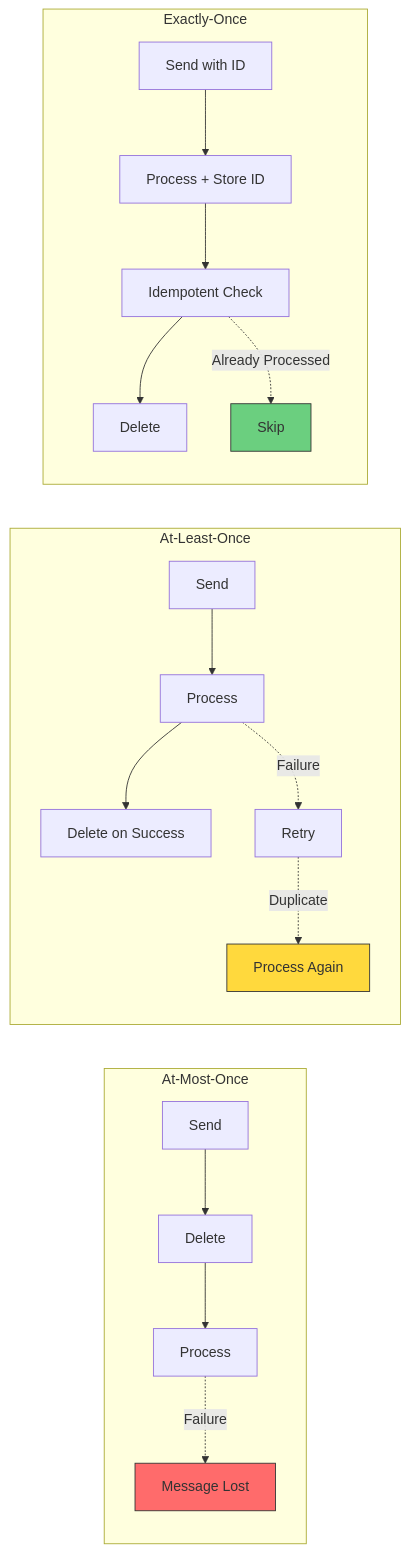
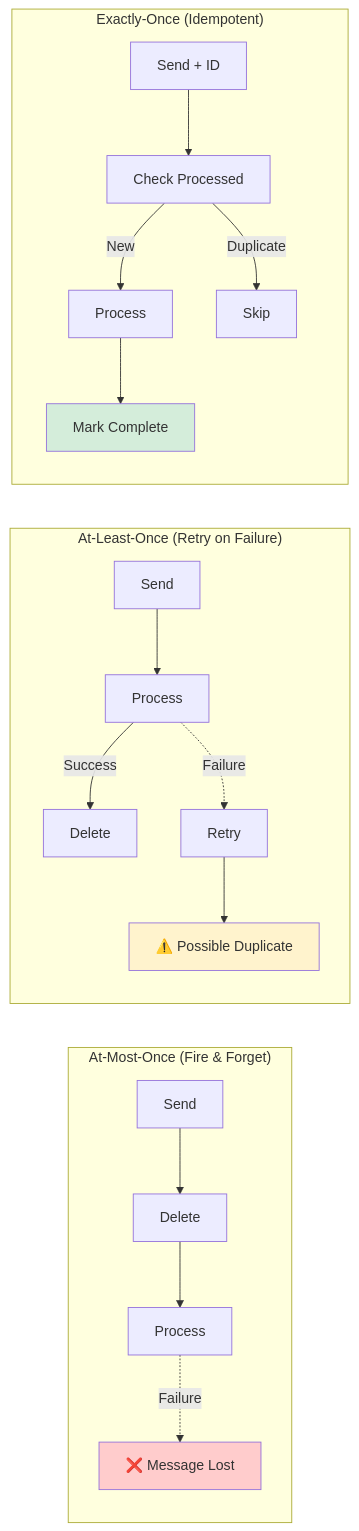
Before and after one commit to deepaucksharma/DStudio: the third of 8 diagrams in docs/pattern-library/coordination/distributed-queue.md, drawn with Mermaid. The commit also changed other lines of this file and 8 other files, not shown here.

````diff
--- a/docs/pattern-library/coordination/distributed-queue.md
+++ b/docs/pattern-library/coordination/distributed-queue.md
@@ -981,26 +221,26 @@
 ```mermaid
 graph LR
-    subgraph "At-Most-Once"
-        A1[Send] --> A2[Delete]
-        A2 --> A3[Process]
-        A3 -.->|Failure| A4[Message Lost]
+    subgraph "At-Most-Once (Fire & Forget)"
+        AM1[Send] --> AM2[Delete]
+        AM2 --> AM3[Process]
+        AM3 -.->|Failure| AM4[❌ Message Lost]
     end
     
-    subgraph "At-Least-Once"
-        B1[Send] --> B2[Process]
-        B2 --> B3[Delete on Success]
-        B2 -.->|Failure| B4[Retry]
-        B4 -.->|Duplicate| B5[Process Again]
+    subgraph "At-Least-Once (Retry on Failure)"
+        AL1[Send] --> AL2[Process]
+        AL2 -->|Success| AL3[Delete]
+        AL2 -.->|Failure| AL4[Retry]
+        AL4 --> AL5[⚠️ Possible Duplicate]
     end
     
-    subgraph "Exactly-Once"
-        C1[Send with ID] --> C2[Process + Store ID]
-        C2 --> C3[Idempotent Check]
-        C3 --> C4[Delete]
-        C3 -.->|Already Processed| C5[Skip]
+    subgraph "Exactly-Once (Idempotent)"
+        E1[Send + ID] --> E2[Check Processed]
+        E2 -->|New| E3[Process]
+        E2 -->|Duplicate| E4[Skip]
+        E3 --> E5[Mark Complete]
     end
     
-    style A4 fill:#ff6b6b,stroke:#333
-    style B5 fill:#ffd93d,stroke:#333
-    style C5 fill:#6bcf7f,stroke:#333
+    style AM4 fill:#ffcccc
+    style AL5 fill:#fff3cd
+    style E5 fill:#d4edda
 ```
````
